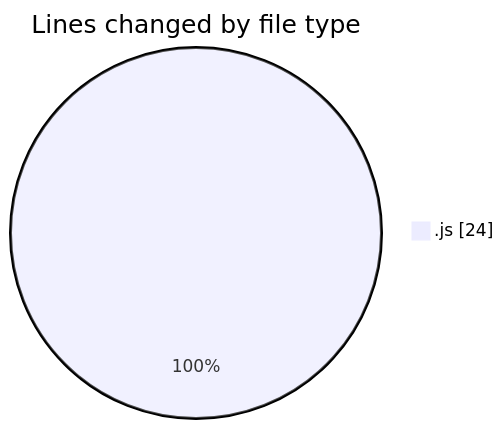
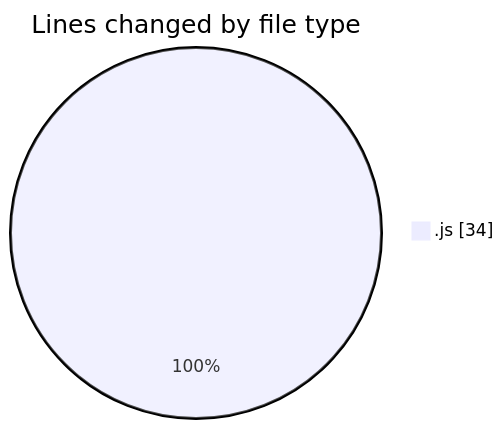
The first of 2 diagrams in 2025-07-17/mern-workoutboard/README.md (Ritupan-Deka/code-tracking), drawn with Mermaid before and after one commit. The commit also changed other lines of this file and 1 other file, not shown here.

````diff
--- a/2025-07-17/mern-workoutboard/README.md
+++ b/2025-07-17/mern-workoutboard/README.md
@@ -21,5 +21,5 @@
 ```mermaid
 pie showData
 title Lines changed by file type
-".js" : 24
+".js" : 34
 ```
````
